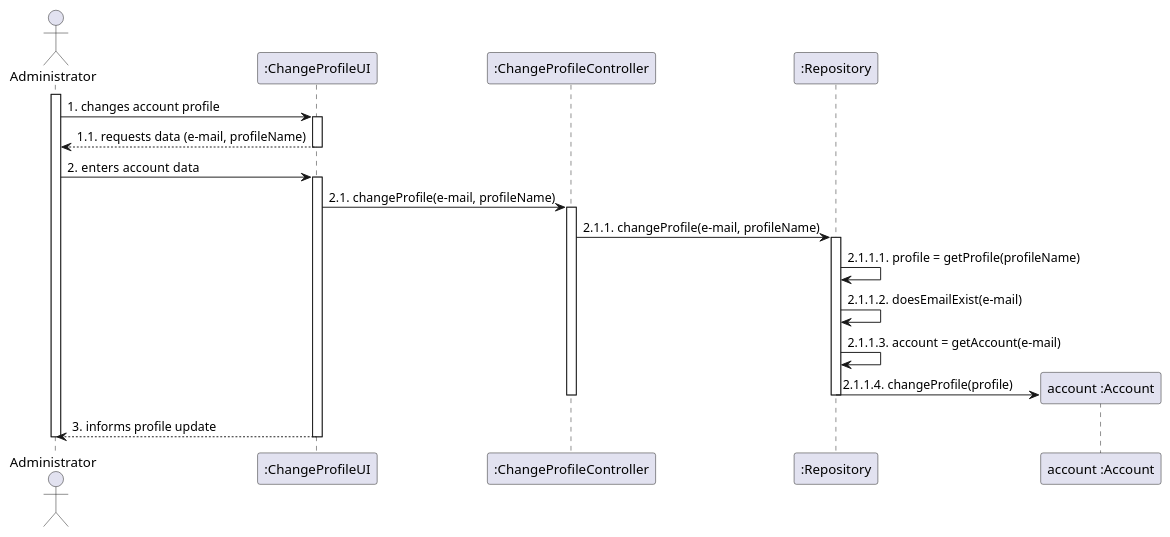
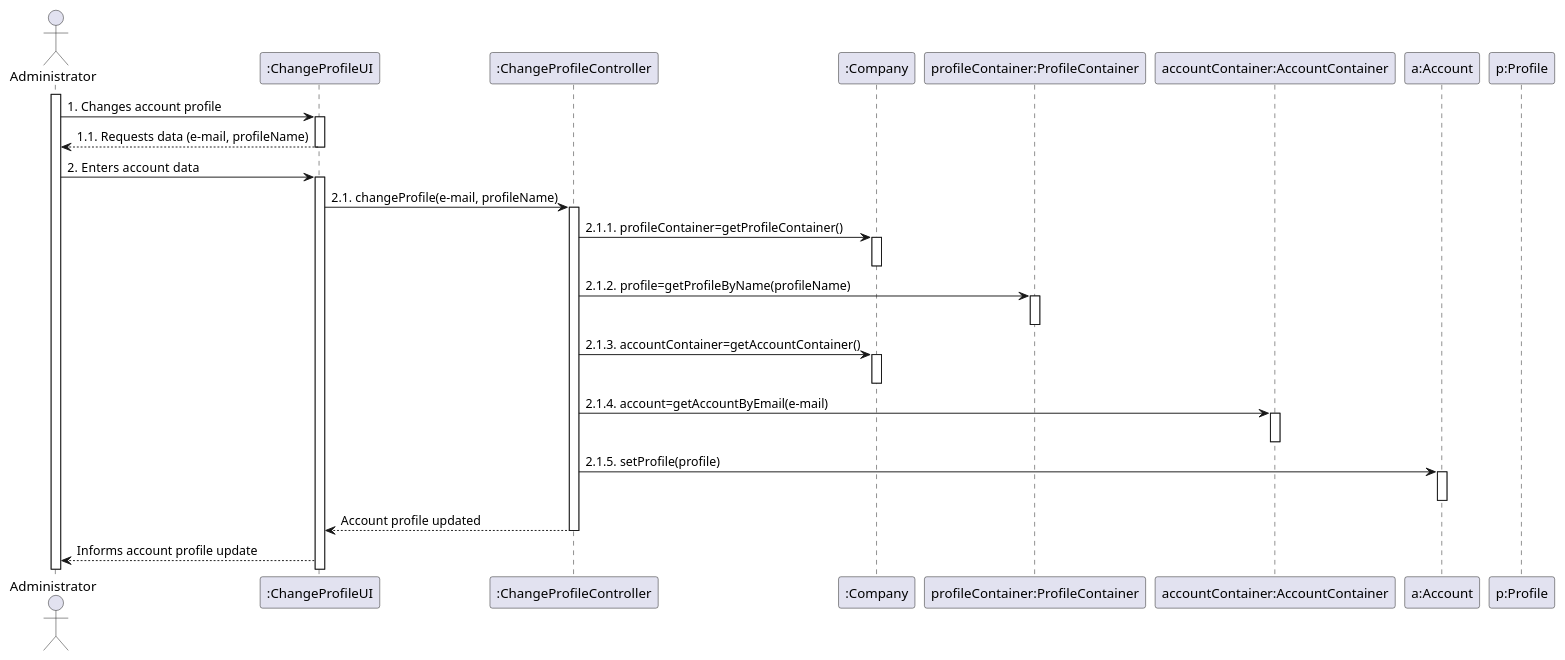
The diagram in docs/modelling_design/user_stories/us003/US003_Sequence_Diagram.puml (Loracline/project_switch_22-23), drawn with PlantUML before and after one commit. The commit also changed other lines of this file, not shown here.

Commit message:
US003 : Design : Updated Sequence Diagram (Use Case: to change profile).

```diff
--- a/docs/modelling_design/user_stories/us003/US003_Sequence_Diagram.puml
+++ b/docs/modelling_design/user_stories/us003/US003_Sequence_Diagram.puml
@@ -2,41 +1,41 @@
 @startuml
 
-/'autonumber'/
+
 actor Administrator
 participant ":ChangeProfileUI" as ui
-participant ":ChangeProfileController" as Controller
-participant ":Repository" as repository
-participant "account :Account" as account
+participant ":ChangeProfileController" as controller
+participant ":Company" as company
+participant "profileContainer:ProfileContainer" as pcontainer
+participant "accountContainer:AccountContainer" as acontainer
+participant "a:Account" as account
+participant "p:Profile" as pprofile
 
 activate Administrator
-Administrator -> ui: 1. changes account profile
+Administrator -> ui: 1. Changes account profile
 activate ui
-Administrator <-- ui: 1.1. requests data (e-mail, profileName)
+Administrator <-- ui: 1.1. Requests data (e-mail, profileName)
 deactivate ui
-Administrator -> ui: 2.  enters account data
+Administrator -> ui: 2.  Enters account data
 activate ui
-ui -> Controller: 2.1. changeProfile(e-mail, profileName)
-activate Controller
-Controller -> repository: 2.1.1. changeProfile(e-mail, profileName)
-activate repository
-repository -> repository: 2.1.1.1. profile = getProfile(profileName)
-repository -> repository: 2.1.1.2. doesEmailExist(e-mail)
-repository -> repository: 2.1.1.3. account = getAccount(e-mail)
-
-
-create account
-repository -> account: 2.1.1.4. changeProfile(profile)
-deactivate Controller
-deactivate repository
-
-
-ui --> Administrator: 3. informs profile update
-deactivate ui
-deactivate Administrator
-
-/'Controller -> Controller: isUserValid (e-mail)
-Controller -> Controller: isProfileValid (profile)
-
-Controller --> account: changeProfile (e-mail, profile)'/
+ui -> controller: 2.1. changeProfile(e-mail, profileName)
+activate controller
+controller -> company: 2.1.1. profileContainer=getProfileContainer()
+activate company
+deactivate company
+controller -> pcontainer: 2.1.2. profile=getProfileByName(profileName)
+activate pcontainer
+deactivate pcontainer
+controller-> company: 2.1.3. accountContainer=getAccountContainer()
+activate company
+deactivate company
+controller -> acontainer: 2.1.4. account=getAccountByEmail(e-mail)
+activate acontainer
+deactivate acontainer
+controller -> account: 2.1.5. setProfile(profile)
+activate account
+deactivate account
+controller --> ui: Account profile updated
+deactivate controller
+ui --> Administrator: Informs account profile update
 
 @enduml
```
